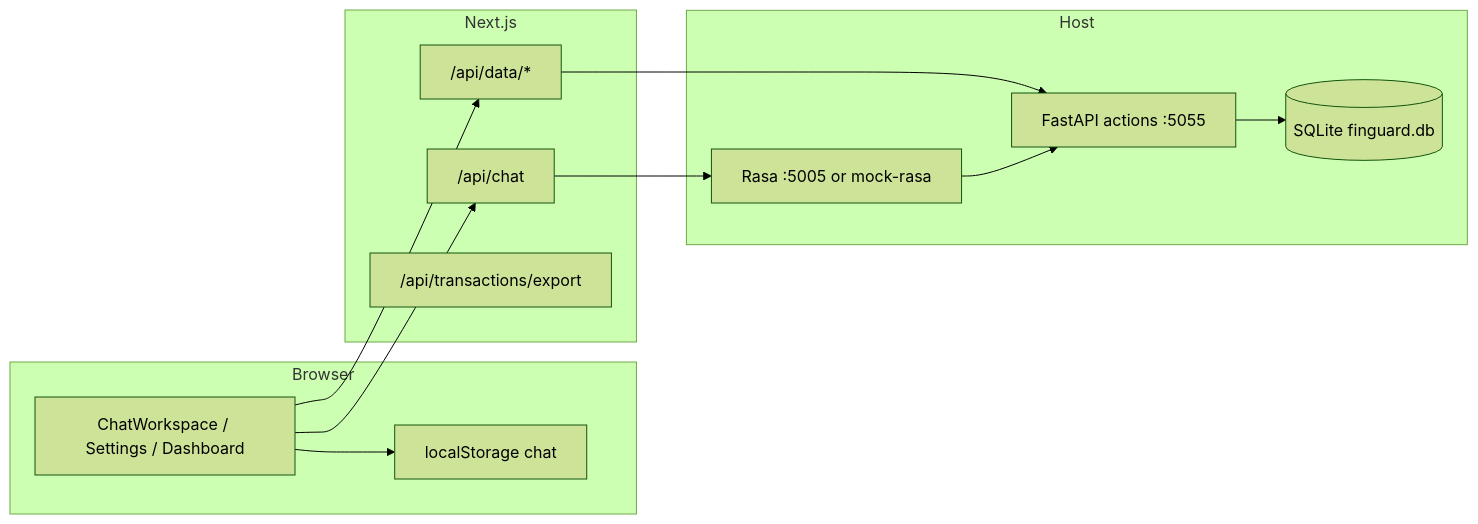
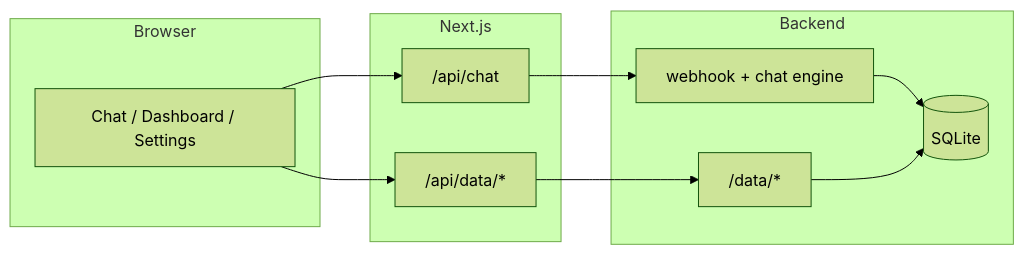
The diagram in docs/TEST_STRATEGY.md (dmoreq/finguard), drawn with Mermaid (forest theme) before and after one commit. The commit also changed other lines of this file and 16 other files, not shown here.

````diff
--- a/docs/TEST_STRATEGY.md
+++ b/docs/TEST_STRATEGY.md
@@ -51,24 +40,21 @@
 ```mermaid
 flowchart LR
   subgraph Browser
-    UI[ChatWorkspace / Settings / Dashboard]
-    LS[localStorage chat]
+    UI[Chat / Dashboard / Settings]
   end
   subgraph Next.js
     API_CHAT["/api/chat"]
     API_DATA["/api/data/*"]
-    API_EXPORT["/api/transactions/export"]
   end
-  subgraph Host
-    RASA[Rasa :5005 or mock-rasa]
-    ACTIONS[FastAPI actions :5055]
-    SQLITE[(SQLite finguard.db)]
+  subgraph Backend
+    CHAT[webhook + chat engine]
+    DATA["/data/*"]
+    DB[(SQLite)]
   end
   UI --> API_CHAT
   UI --> API_DATA
-  UI --> LS
-  API_CHAT --> RASA
-  API_DATA --> ACTIONS
-  RASA --> ACTIONS
-  ACTIONS --> SQLITE
+  API_CHAT --> CHAT
+  API_DATA --> DATA
+  CHAT --> DB
+  DATA --> DB
 ```
````
